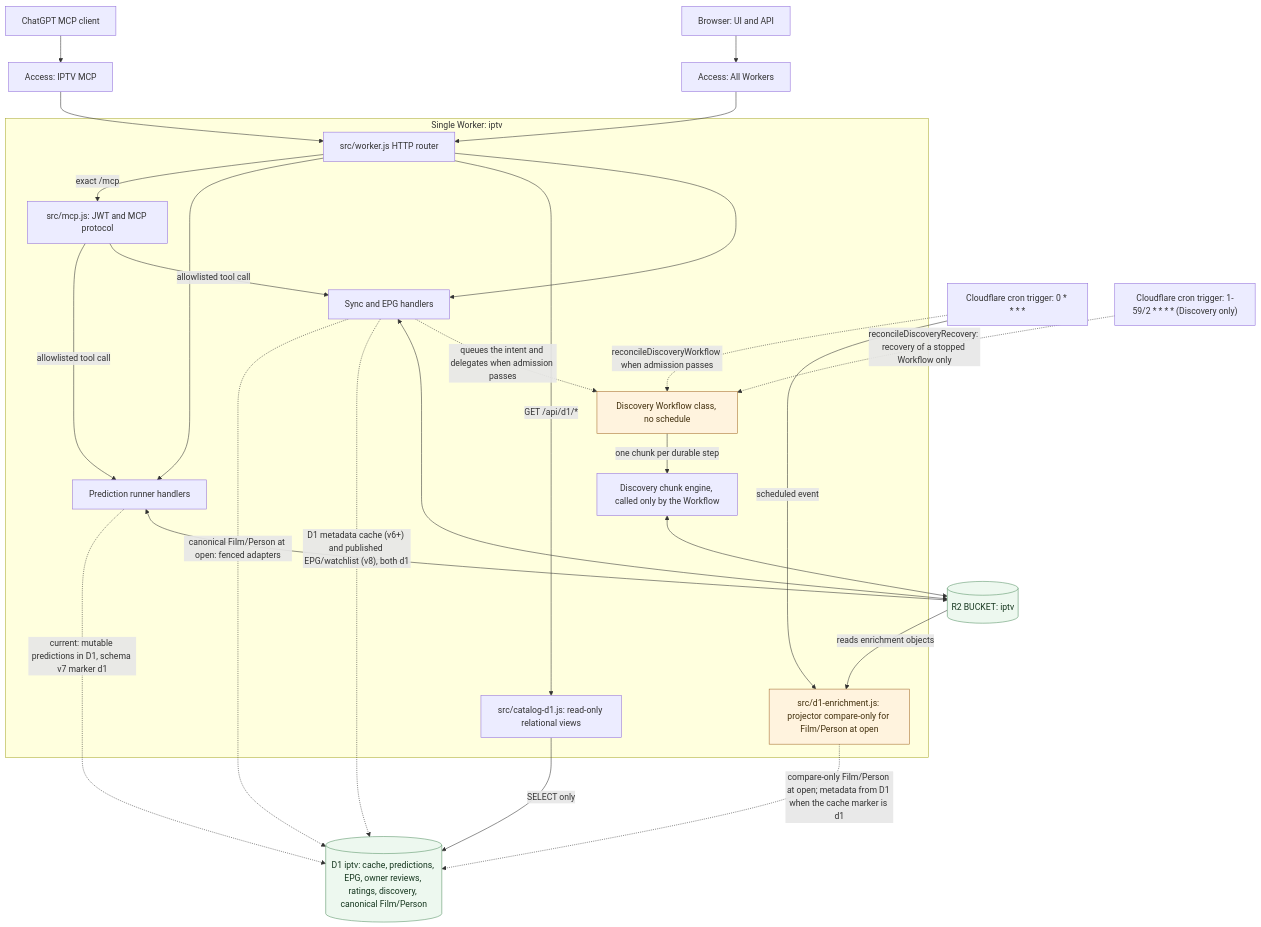
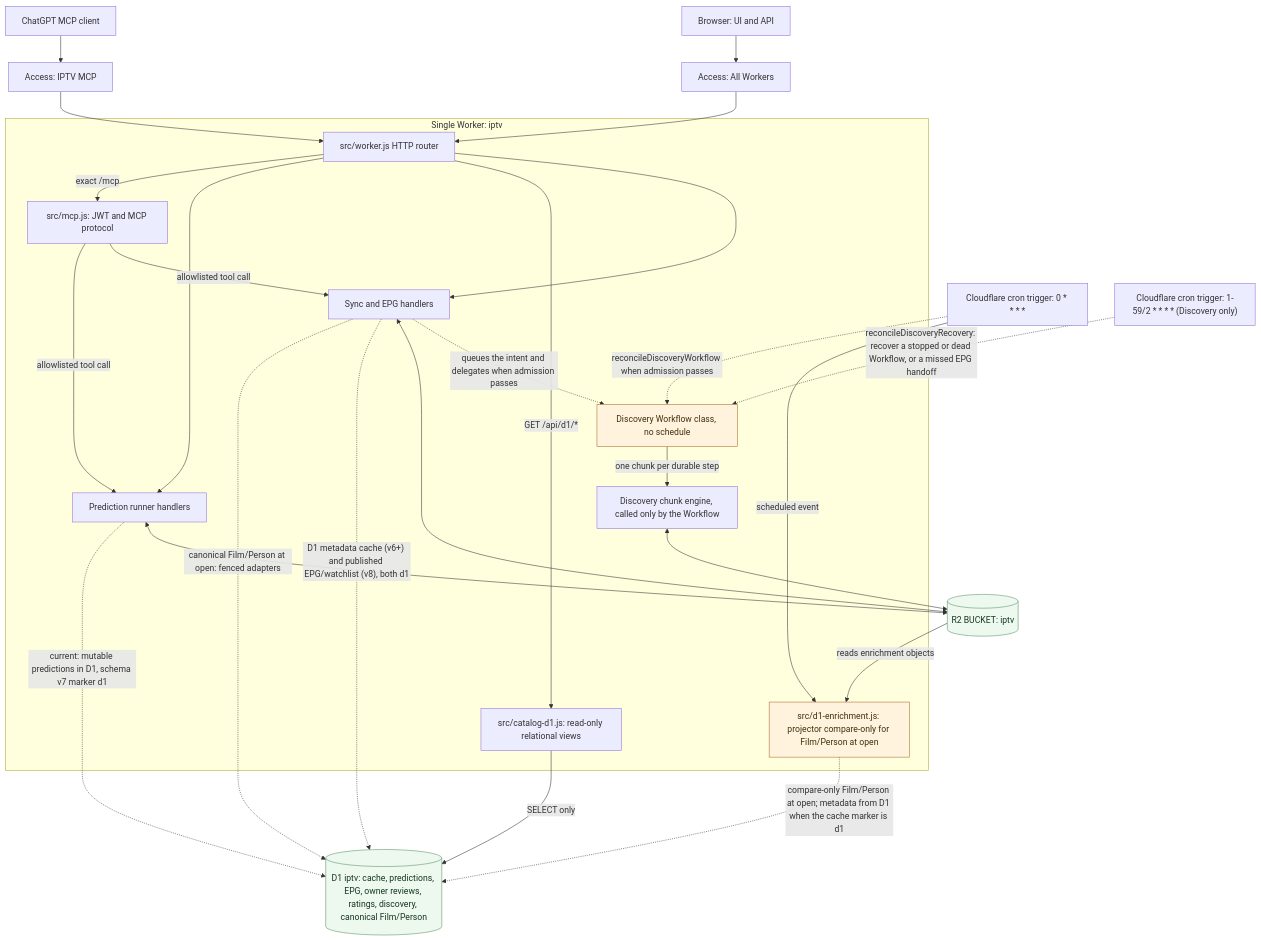
One commit to vladimino/iptv-watchlist changed the diagram in docs/architecture/runtime-topology.md. Above: the diagram before and after it, drawn with Mermaid. The commit also changed 2 other files, not shown here.

Commit message:
AIR-534: three-way concurrency test with the real hourly reconcile; accurate fast-cron edge label
Claude-Session: https://claude.ai/code/session_014nGEiUcPKEq5AXbnFLw6rz

````diff
--- a/docs/architecture/runtime-topology.md
+++ b/docs/architecture/runtime-topology.md
@@ -5,47 +5,47 @@
 ```mermaid
 flowchart TB
     web["Browser: UI and API"]
     mcpClient["ChatGPT MCP client"]
     webAccess["Access: All Workers"]
     mcpAccess["Access: IPTV MCP"]
     cron["Cloudflare cron trigger: 0 * * * *"]
     fastCron["Cloudflare cron trigger: 1-59/2 * * * * (Discovery only)"]
     subgraph worker["Single Worker: iptv"]
         route["src/worker.js HTTP router"]
         mcp["src/mcp.js: JWT and MCP protocol"]
         sync["Sync and EPG handlers"]
         prediction["Prediction runner handlers"]
         discovery["Discovery chunk engine, called only by the Workflow"]
         catalogD1["src/catalog-d1.js: read-only relational views"]
         projector["src/d1-enrichment.js: projector compare-only for Film/Person at open"]
         route --> sync
         route -->|GET /api/d1/*| catalogD1
         route --> prediction
         route -->|exact /mcp| mcp
         mcp -->|allowlisted tool call| sync
         mcp -->|allowlisted tool call| prediction
         workflow["Discovery Workflow class, no schedule"]
         sync -.->|"queues the intent and delegates when admission passes"| workflow
         workflow -->|"one chunk per durable step"| discovery
     end
     store[("R2 BUCKET: iptv")]
     d1[("D1 iptv: cache, predictions, EPG, owner reviews, ratings, discovery, canonical Film/Person")]
     web --> webAccess --> route
     mcpClient --> mcpAccess --> route
     sync <--> store
     prediction <--> store
     prediction -.->|current: mutable predictions in D1, schema v7 marker d1| d1
     discovery <--> store
     catalogD1 -->|SELECT only| d1
     cron -->|scheduled event| projector
     cron -.->|reconcileDiscoveryWorkflow when admission passes| workflow
-    fastCron -.->|reconcileDiscoveryRecovery: recovery of a stopped Workflow only| workflow
+    fastCron -.->|reconcileDiscoveryRecovery: recover a stopped or dead Workflow, or a missed EPG handoff| workflow
     store -->|reads enrichment objects| projector
     projector -.->|compare-only Film/Person at open; metadata from D1 when the cache marker is d1| d1
     sync -.->|"D1 metadata cache (v6+) and published EPG/watchlist (v8), both d1"| d1
     sync -.->|canonical Film/Person at open: fenced adapters| d1
     classDef current fill:#edf8ef,stroke:#579266,color:#15361e
     classDef gated fill:#fff3de,stroke:#a56c2b,color:#42300e
     class store,d1 current
     class projector,workflow gated
 ```
````
